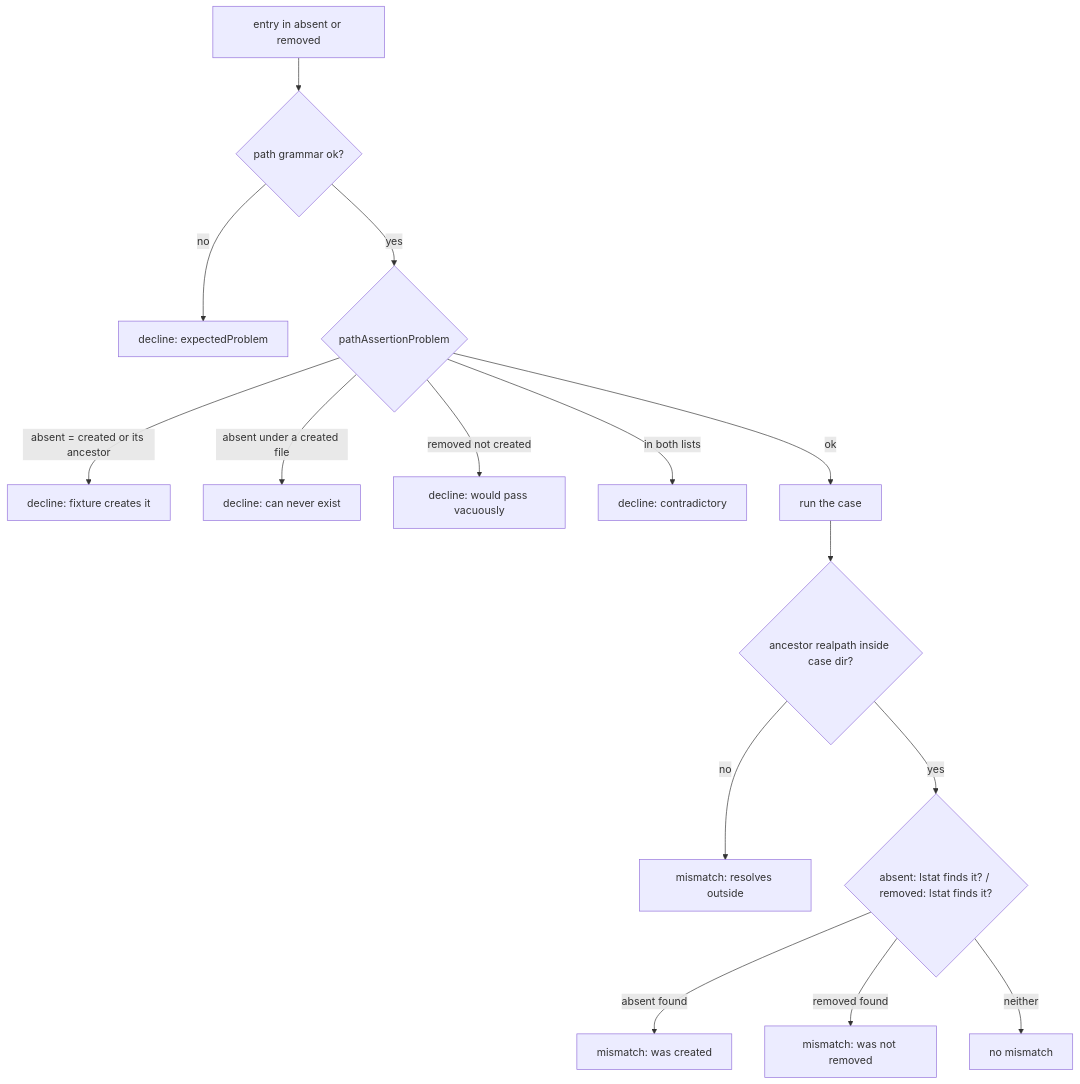
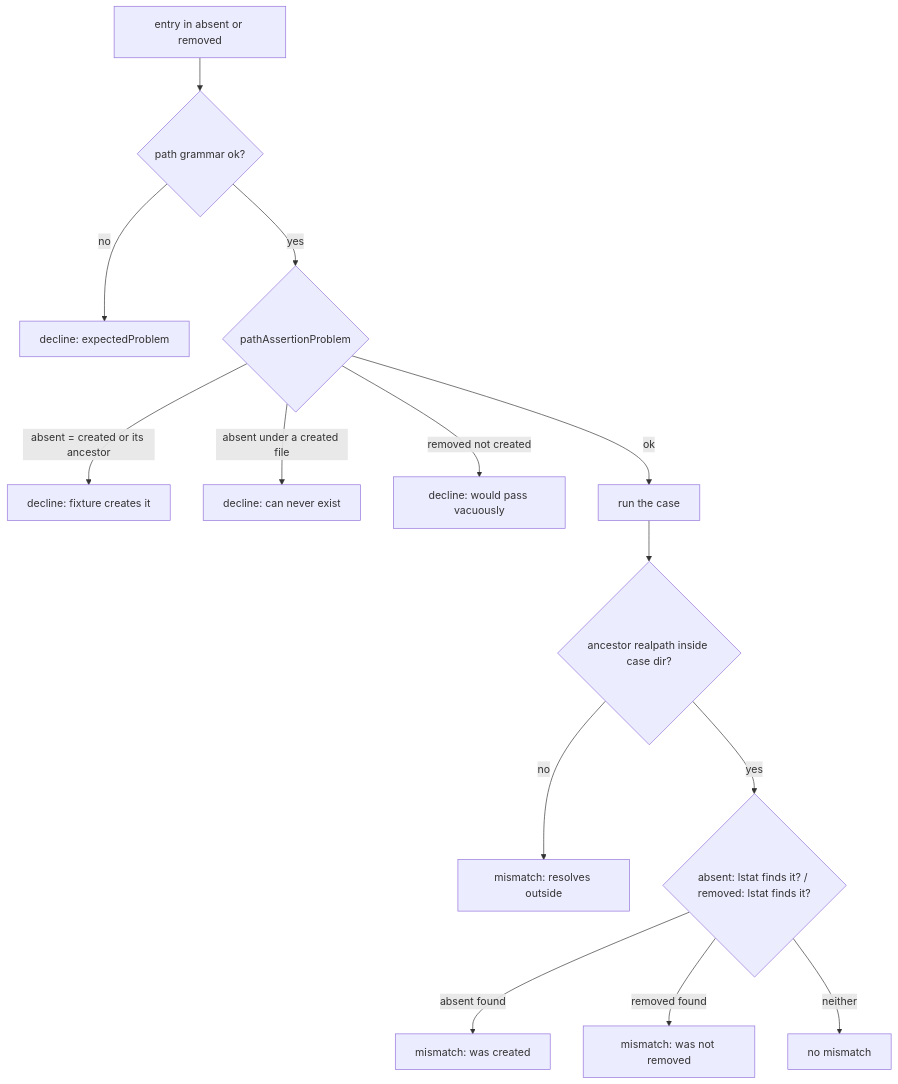
Before and after one commit to Gamaroff/agent-skills: the diagram in docs/tasks/task.232.probe-expected-path-assertions/task.232.probe-expected-path-assertions.md, drawn with Mermaid. The commit also changed other lines of this file and 2 other files, not shown here.

````diff
--- a/docs/tasks/task.232.probe-expected-path-assertions/task.232.probe-expected-path-assertions.md
+++ b/docs/tasks/task.232.probe-expected-path-assertions/task.232.probe-expected-path-assertions.md
@@ -92,17 +93,16 @@
 ```mermaid
 flowchart TD
   A[entry in absent or removed] --> B{path grammar ok?}
   B -- no --> D1[decline: expectedProblem]
   B -- yes --> C{pathAssertionProblem}
   C -- absent = created or its ancestor --> D2[decline: fixture creates it]
   C -- absent under a created file --> D3[decline: can never exist]
   C -- removed not created --> D4[decline: would pass vacuously]
-  C -- in both lists --> D5[decline: contradictory]
   C -- ok --> E[run the case]
   E --> F{ancestor realpath inside case dir?}
   F -- no --> M1[mismatch: resolves outside]
   F -- yes --> G{absent: lstat finds it? / removed: lstat finds it?}
   G -- absent found --> M2[mismatch: was created]
   G -- removed found --> M3[mismatch: was not removed]
   G -- neither --> OK[no mismatch]
 ```
````
